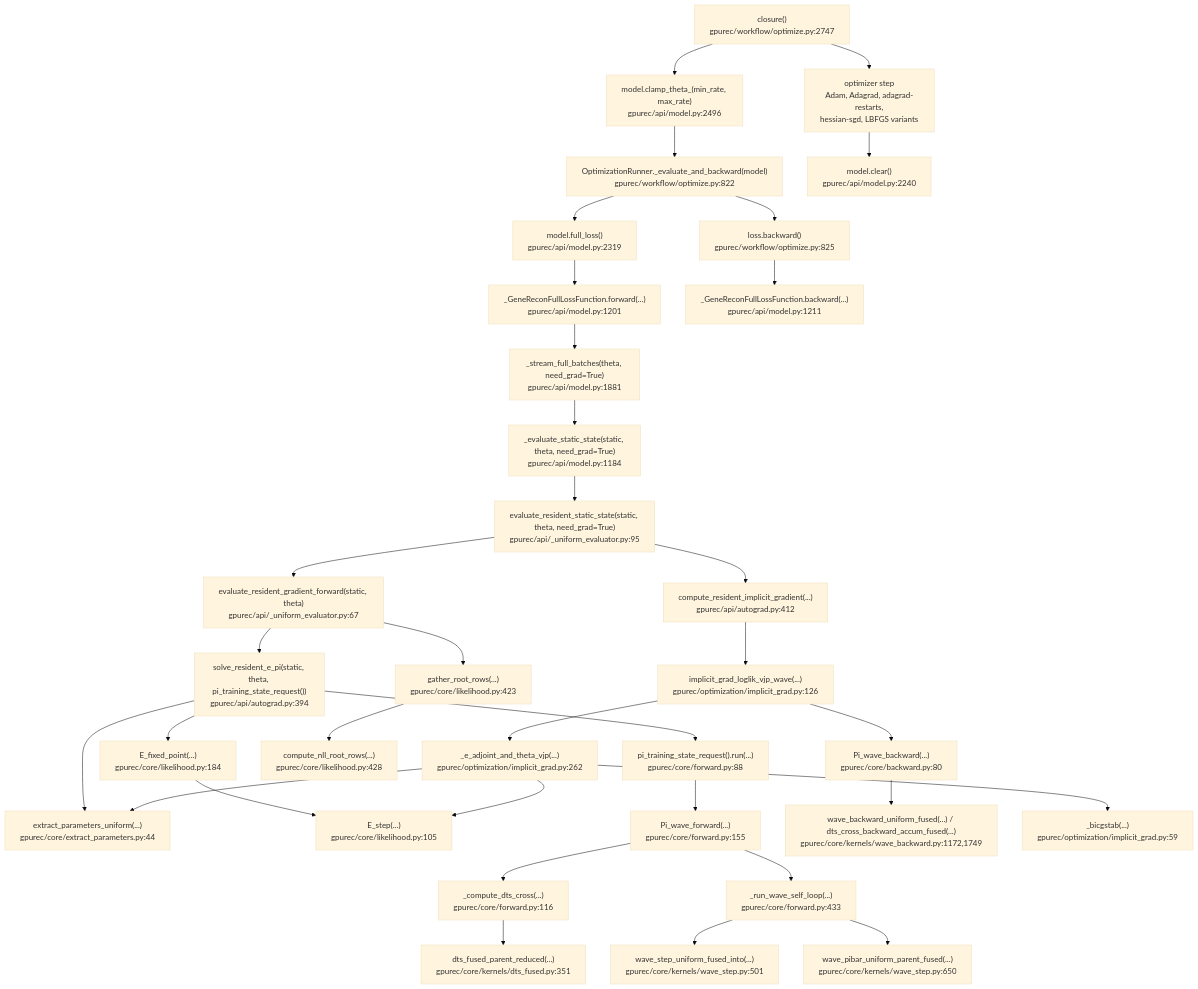
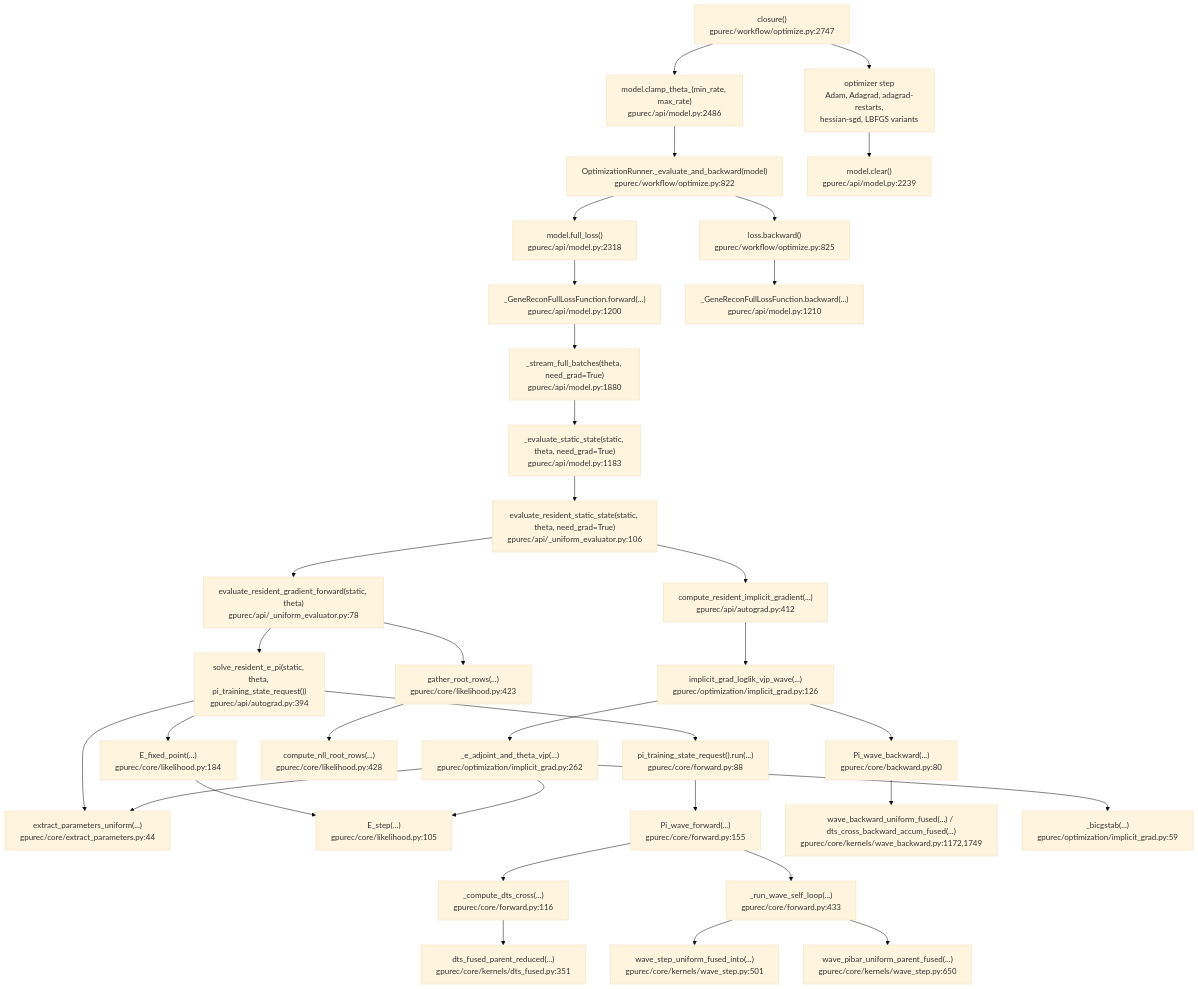
The second of 3 diagrams in docs/optimization-workflow-call-graph.md (SisyphusMountain/gpurec), drawn with Mermaid (base theme) before and after one commit. The commit also changed 7 other files, not shown here.

Commit message:
Move resident export state into evaluator

````diff
--- a/docs/optimization-workflow-call-graph.md
+++ b/docs/optimization-workflow-call-graph.md
@@ -90,54 +90,54 @@
 ```mermaid
 flowchart TD
   Closure["closure()<br/>gpurec/workflow/optimize.py:2747"]
-  ClampBefore["model.clamp_theta_(min_rate, max_rate)<br/>gpurec/api/model.py:2496"]
+  ClampBefore["model.clamp_theta_(min_rate, max_rate)<br/>gpurec/api/model.py:2486"]
   EvalBackward["OptimizationRunner._evaluate_and_backward(model)<br/>gpurec/workflow/optimize.py:822"]
-  FullLoss["model.full_loss()<br/>gpurec/api/model.py:2319"]
-  FullLossFn["_GeneReconFullLossFunction.forward(...)<br/>gpurec/api/model.py:1201"]
-  Stream["_stream_full_batches(theta, need_grad=True)<br/>gpurec/api/model.py:1881"]
-  ModelEval["_evaluate_static_state(static, theta, need_grad=True)<br/>gpurec/api/model.py:1184"]
-  EvalStatic["evaluate_resident_static_state(static, theta, need_grad=True)<br/>gpurec/api/_uniform_evaluator.py:95"]
-  ForwardSolve["evaluate_resident_gradient_forward(static, theta)<br/>gpurec/api/_uniform_evaluator.py:67"]
+  FullLoss["model.full_loss()<br/>gpurec/api/model.py:2318"]
+  FullLossFn["_GeneReconFullLossFunction.forward(...)<br/>gpurec/api/model.py:1200"]
+  Stream["_stream_full_batches(theta, need_grad=True)<br/>gpurec/api/model.py:1880"]
+  ModelEval["_evaluate_static_state(static, theta, need_grad=True)<br/>gpurec/api/model.py:1183"]
+  EvalStatic["evaluate_resident_static_state(static, theta, need_grad=True)<br/>gpurec/api/_uniform_evaluator.py:106"]
+  ForwardSolve["evaluate_resident_gradient_forward(static, theta)<br/>gpurec/api/_uniform_evaluator.py:78"]
   SolveEPi["solve_resident_e_pi(static, theta, pi_training_state_request())<br/>gpurec/api/autograd.py:394"]
   Extract["extract_parameters_uniform(...)<br/>gpurec/core/extract_parameters.py:44"]
   EFixed["E_fixed_point(...)<br/>gpurec/core/likelihood.py:184"]
   EStep["E_step(...)<br/>gpurec/core/likelihood.py:105"]
   PiRequest["pi_training_state_request().run(...)<br/>gpurec/core/forward.py:88"]
   PiForward["Pi_wave_forward(...)<br/>gpurec/core/forward.py:155"]
   DTS["_compute_dts_cross(...)<br/>gpurec/core/forward.py:116"]
   DTSKernel["dts_fused_parent_reduced(...)<br/>gpurec/core/kernels/dts_fused.py:351"]
   SelfLoop["_run_wave_self_loop(...)<br/>gpurec/core/forward.py:433"]
   WaveStep["wave_step_uniform_fused_into(...)<br/>gpurec/core/kernels/wave_step.py:501"]
   Pibar["wave_pibar_uniform_parent_fused(...)<br/>gpurec/core/kernels/wave_step.py:650"]
   GatherRoots["gather_root_rows(...)<br/>gpurec/core/likelihood.py:423"]
   NLL["compute_nll_root_rows(...)<br/>gpurec/core/likelihood.py:428"]
 
   Implicit["compute_resident_implicit_gradient(...)<br/>gpurec/api/autograd.py:412"]
   VJP["implicit_grad_loglik_vjp_wave(...)<br/>gpurec/optimization/implicit_grad.py:126"]
   PiBackward["Pi_wave_backward(...)<br/>gpurec/core/backward.py:80"]
   BackwardKernels["wave_backward_uniform_fused(...) / dts_cross_backward_accum_fused(...)<br/>gpurec/core/kernels/wave_backward.py:1172,1749"]
   EAdjoint["_e_adjoint_and_theta_vjp(...)<br/>gpurec/optimization/implicit_grad.py:262"]
   Bicgstab["_bicgstab(...)<br/>gpurec/optimization/implicit_grad.py:59"]
   LossBackward["loss.backward()<br/>gpurec/workflow/optimize.py:825"]
-  FullLossFnBackward["_GeneReconFullLossFunction.backward(...)<br/>gpurec/api/model.py:1211"]
+  FullLossFnBackward["_GeneReconFullLossFunction.backward(...)<br/>gpurec/api/model.py:1210"]
   OptimizerStep["optimizer step<br/>Adam, Adagrad, adagrad-restarts,<br/>hessian-sgd, LBFGS variants"]
-  Clear["model.clear()<br/>gpurec/api/model.py:2240"]
+  Clear["model.clear()<br/>gpurec/api/model.py:2239"]
 
   Closure --> ClampBefore --> EvalBackward --> FullLoss --> FullLossFn --> Stream --> ModelEval --> EvalStatic
   EvalStatic --> ForwardSolve --> SolveEPi
   SolveEPi --> Extract
   SolveEPi --> EFixed --> EStep
   SolveEPi --> PiRequest --> PiForward
   PiForward --> DTS --> DTSKernel
   PiForward --> SelfLoop --> WaveStep
   SelfLoop --> Pibar
   ForwardSolve --> GatherRoots --> NLL
   EvalStatic --> Implicit --> VJP
   VJP --> PiBackward --> BackwardKernels
   VJP --> EAdjoint
   EAdjoint --> Bicgstab
   EAdjoint --> EStep
   EAdjoint --> Extract
   EvalBackward --> LossBackward --> FullLossFnBackward
   Closure --> OptimizerStep --> Clear
 ```
````
